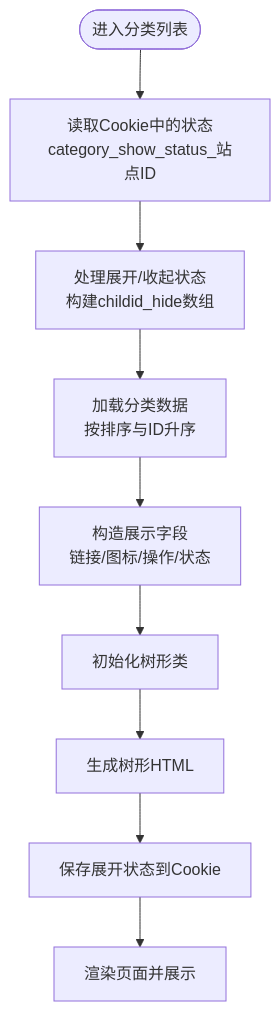
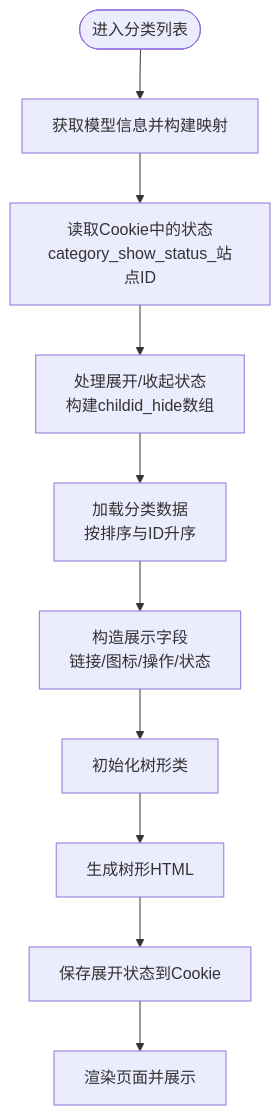
The third of 11 diagrams in .qoder/repowiki/zh/content/后台管理模块/分类管理/分类管理.md (lirongyaoper/lryblog.com), drawn with Mermaid before and after one commit. The commit also changed other lines of this file and 7 other files, not shown here.

````diff
--- a/.qoder/repowiki/zh/content/后台管理模块/分类管理/分类管理.md
+++ b/.qoder/repowiki/zh/content/后台管理模块/分类管理/分类管理.md
@@ -138,11 +142,12 @@
 ```mermaid
 flowchart TD
-Start(["进入分类列表"]) --> LoadCookie["读取Cookie中的状态<br/>category_show_status_站点ID"]
+Start(["进入分类列表"]) --> LoadModels["获取模型信息并构建映射"]
+LoadModels --> LoadCookie["读取Cookie中的状态<br/>category_show_status_站点ID"]
 LoadCookie --> ProcessStatus["处理展开/收起状态<br/>构建childid_hide数组"]
 ProcessStatus --> LoadData["加载分类数据<br/>按排序与ID升序"]
 LoadData --> BuildFields["构造展示字段<br/>链接/图标/操作/状态"]
 BuildFields --> InitTree["初始化树形类"]
 InitTree --> RenderTree["生成树形HTML"]
 RenderTree --> SaveStatus["保存展开状态到Cookie"]
 SaveStatus --> ShowPage["渲染页面并展示"]
 ```
````
